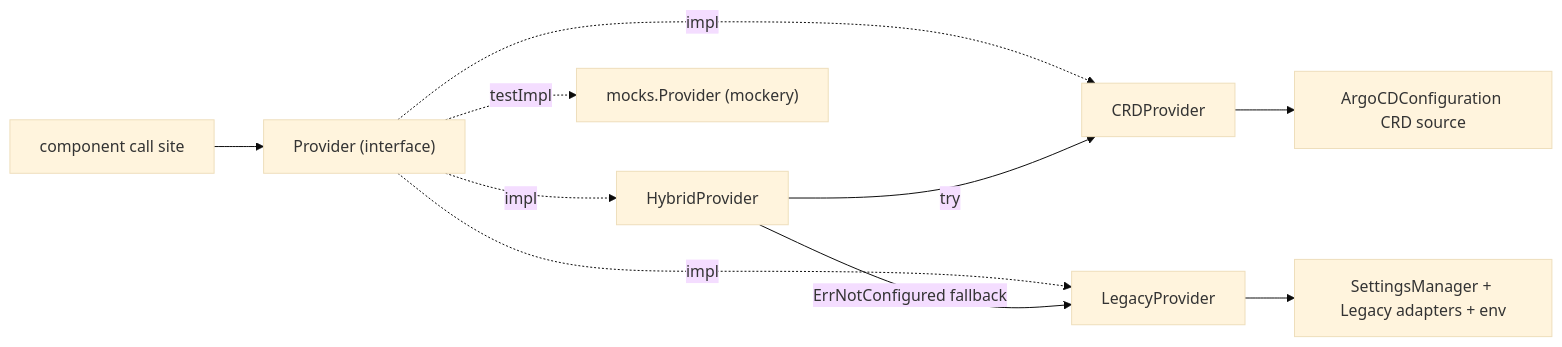
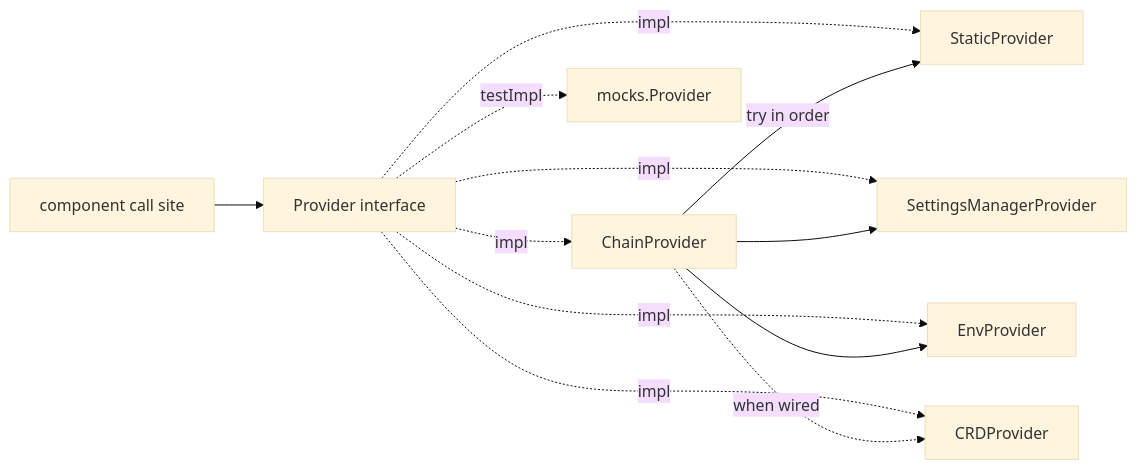
The diagram in docs/developer-guide/architecture/configbus.md (argoproj/argo-cd), drawn with Mermaid (base theme) before and after one commit. The commit also changed other lines of this file and 20 other files, not shown here.

First line of the commit message:
refactor: replace Hybrid/Legacy with ChainProvider leaf providers

````diff
--- a/docs/developer-guide/architecture/configbus.md
+++ b/docs/developer-guide/architecture/configbus.md
@@ -53,12 +53,14 @@
 ```mermaid
 flowchart LR
-  consumer["component call site"] --> P["Provider (interface)"]
-  P -.impl.-> Hybrid[HybridProvider]
-  P -.impl.-> Legacy[LegacyProvider]
+  consumer["component call site"] --> P["Provider interface"]
+  P -.impl.-> Chain[ChainProvider]
+  P -.impl.-> Static[StaticProvider]
+  P -.impl.-> SM[SettingsManagerProvider]
+  P -.impl.-> Env[EnvProvider]
   P -.impl.-> CRD[CRDProvider]
-  P -.testImpl.-> Mock["mocks.Provider (mockery)"]
-  Hybrid -->|"try"| CRD
-  Hybrid -->|"ErrNotConfigured fallback"| Legacy
-  Legacy --> SM[SettingsManager + Legacy adapters + env]
-  CRD --> Src[ArgoCDConfiguration CRD source]
+  P -.testImpl.-> Mock["mocks.Provider"]
+  Chain -->|"try in order"| Static
+  Chain --> SM
+  Chain --> Env
+  Chain -.->|"when wired"| CRD
 ```
````
